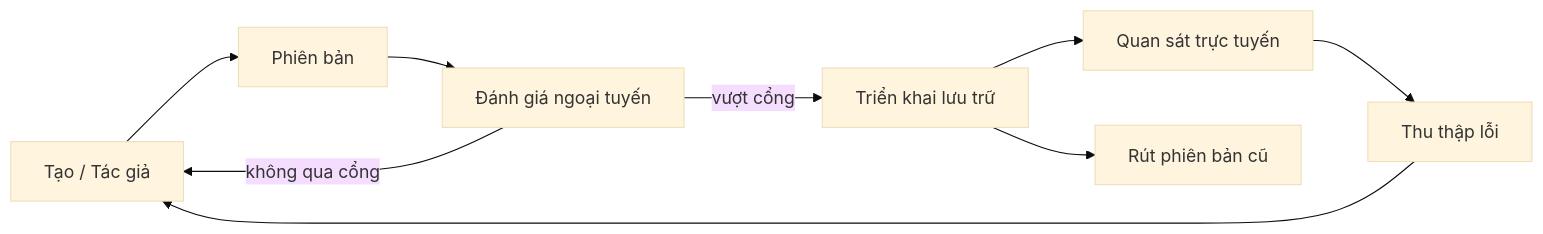
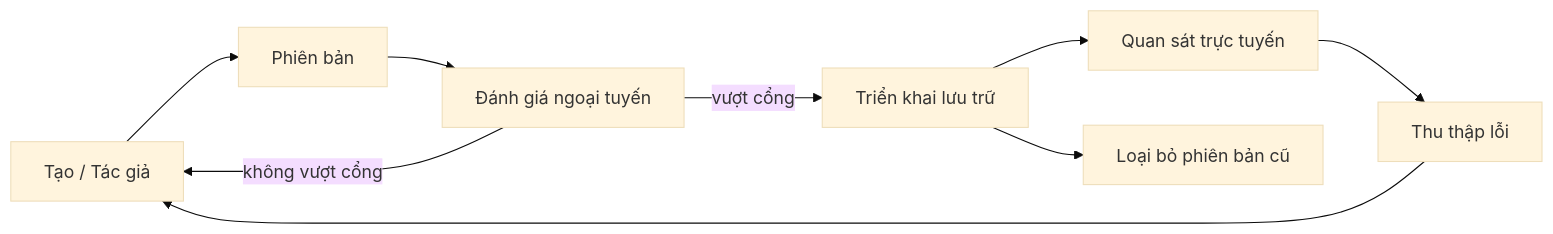
One commit to gabrielmoreira/agent-skills-mirror changed the second of 4 diagrams in mirrors/repos/microsoft@ai-agents-for-beginners/translations/vi/16-deploying-scalable-agents/README.md. Above: the diagram before and after it, drawn with Mermaid (base theme). The commit also changed other lines of this file and 4262 other files, not shown here.

````diff
--- a/mirrors/repos/microsoft@ai-agents-for-beginners/translations/vi/16-deploying-scalable-agents/README.md
+++ b/mirrors/repos/microsoft@ai-agents-for-beginners/translations/vi/16-deploying-scalable-agents/README.md
@@ -108,11 +108,11 @@
 ```mermaid
 flowchart LR
     Create[Tạo / Tác giả] --> Version[Phiên bản]
     Version --> Evaluate[Đánh giá ngoại tuyến]
     Evaluate -->|vượt cổng| Deploy[Triển khai lưu trữ]
-    Evaluate -->|không qua cổng| Create
+    Evaluate -->|không vượt cổng| Create
     Deploy --> Observe[Quan sát trực tuyến]
     Observe --> Improve[Thu thập lỗi]
     Improve --> Create
-    Deploy --> Retire[Rút phiên bản cũ]
+    Deploy --> Retire[Loại bỏ phiên bản cũ]
 ```
````
